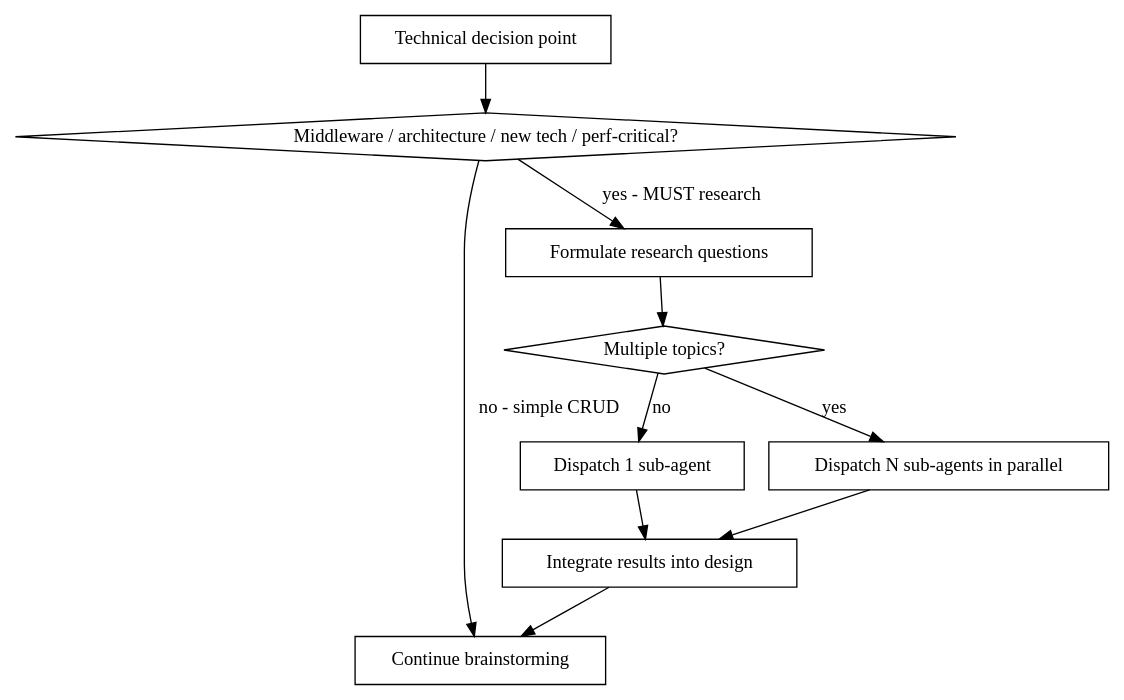
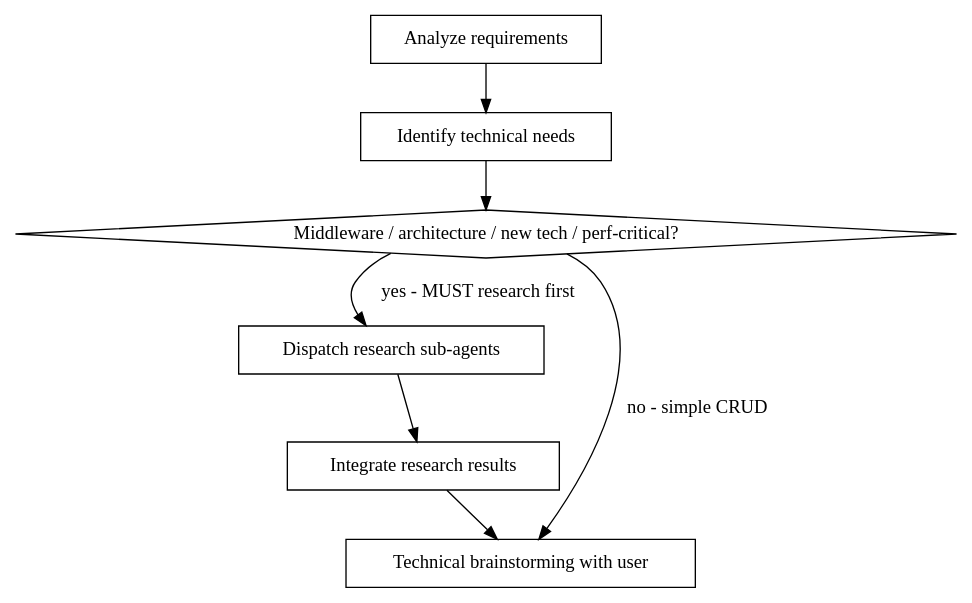
The diagram in skills/generating-design/SKILL.md (yunboom/my-superpowers), drawn with Graphviz before and after one commit. The commit also changed other lines of this file and 1 other file, not shown here.

Commit message:
fix: reorder gen-design flow — research BEFORE brainstorming, not after
Research must happen first to gather evidence, then brainstorming presents
informed options to the user with research-backed pros/cons.

Flow: Identify needs → Research → Brainstorm (with evidence)

````diff
--- a/skills/generating-design/SKILL.md
+++ b/skills/generating-design/SKILL.md
@@ -81,22 +67,17 @@
 ```dot
-digraph research_trigger {
-    "Technical decision point" [shape=box];
+digraph design_flow {
+    "Analyze requirements" [shape=box];
+    "Identify technical needs" [shape=box];
     "Middleware / architecture / new tech / perf-critical?" [shape=diamond];
-    "Continue brainstorming" [shape=box];
-    "Formulate research questions" [shape=box];
-    "Multiple topics?" [shape=diamond];
-    "Dispatch 1 sub-agent" [shape=box];
-    "Dispatch N sub-agents in parallel" [shape=box];
-    "Integrate results into design" [shape=box];
+    "Dispatch research sub-agents" [shape=box];
+    "Integrate research results" [shape=box];
+    "Technical brainstorming with user" [shape=box];
 
-    "Technical decision point" -> "Middleware / architecture / new tech / perf-critical?";
-    "Middleware / architecture / new tech / perf-critical?" -> "Continue brainstorming" [label="no - simple CRUD"];
-    "Middleware / architecture / new tech / perf-critical?" -> "Formulate research questions" [label="yes - MUST research"];
-    "Formulate research questions" -> "Multiple topics?";
-    "Multiple topics?" -> "Dispatch 1 sub-agent" [label="no"];
-    "Multiple topics?" -> "Dispatch N sub-agents in parallel" [label="yes"];
-    "Dispatch 1 sub-agent" -> "Integrate results into design";
-    "Dispatch N sub-agents in parallel" -> "Integrate results into design";
-    "Integrate results into design" -> "Continue brainstorming";
+    "Analyze requirements" -> "Identify technical needs";
+    "Identify technical needs" -> "Middleware / architecture / new tech / perf-critical?";
+    "Middleware / architecture / new tech / perf-critical?" -> "Dispatch research sub-agents" [label="yes - MUST research first"];
+    "Middleware / architecture / new tech / perf-critical?" -> "Technical brainstorming with user" [label="no - simple CRUD"];
+    "Dispatch research sub-agents" -> "Integrate research results";
+    "Integrate research results" -> "Technical brainstorming with user";
 }
 ```
````
